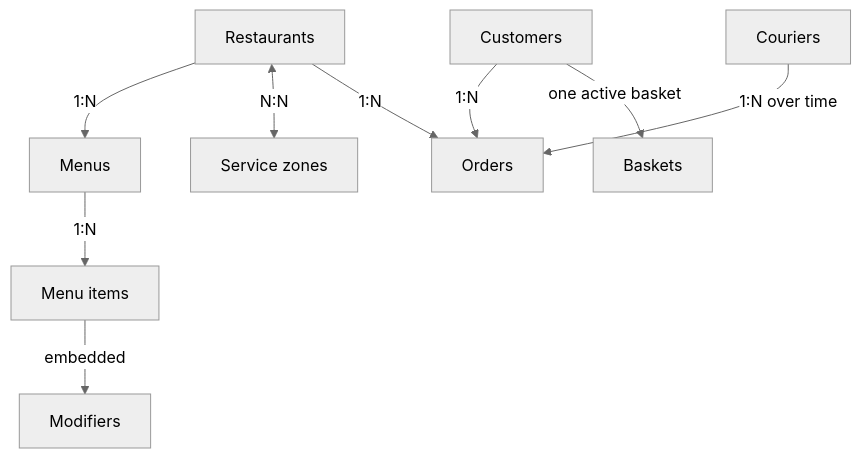
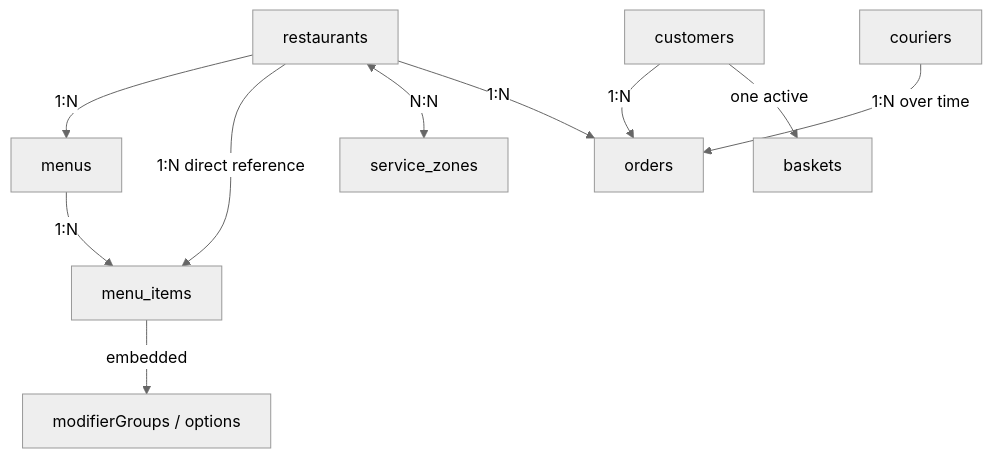
The diagram in mongodb-models.md (RudyKarim/FoodGuyde), drawn with Mermaid (neutral theme) before and after one commit. The commit also changed other lines of this file, not shown here.

````diff
--- a/mongodb-models.md
+++ b/mongodb-models.md
@@ -136,11 +335,12 @@
 ```mermaid
 flowchart TD
-    R["Restaurants"] -->|"1:N"| M["Menus"]
-    M -->|"1:N"| I["Menu items"]
-    I -->|"embedded"| MOD["Modifiers"]
-    R <-->|"N:N"| Z["Service zones"]
-    C["Customers"] -->|"1:N"| O["Orders"]
-    C -->|"one active basket"| B["Baskets"]
+    R["restaurants"] -->|"1:N"| M["menus"]
+    M -->|"1:N"| I["menu_items"]
+    R -->|"1:N direct reference"| I
+    I -->|"embedded"| MOD["modifierGroups / options"]
+    R <-->|"N:N"| Z["service_zones"]
+    C["customers"] -->|"1:N"| O["orders"]
+    C -->|"one active"| B["baskets"]
     R -->|"1:N"| O
-    CO["Couriers"] -->|"1:N over time"| O
+    CO["couriers"] -->|"1:N over time"| O
 ```
````
